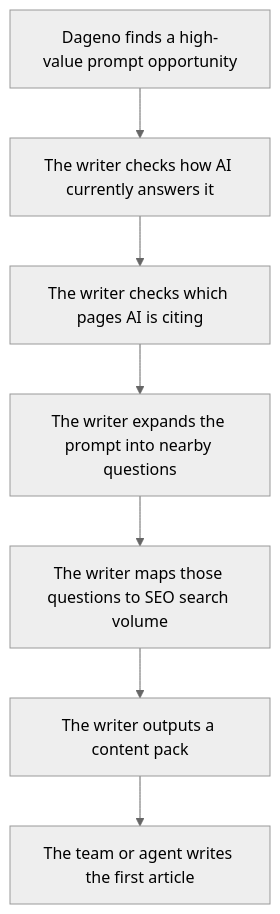
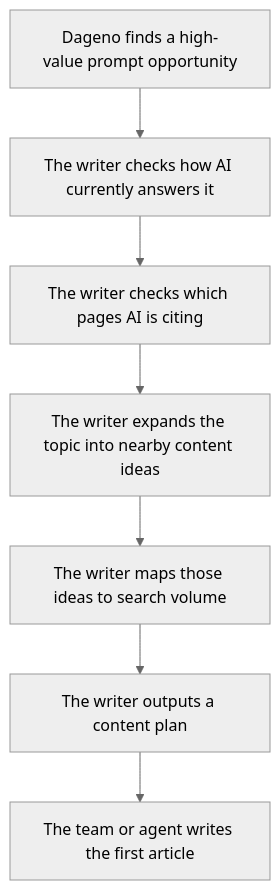
One commit to GEO-SEO/geo-content-writer changed the diagram in README.md. Above: the diagram before and after it, drawn with Mermaid (neutral theme). The commit also changed other lines of this file, not shown here.

````diff
--- a/README.md
+++ b/README.md
@@ -171,9 +123,9 @@
 ```mermaid
 flowchart TD
     A["Dageno finds a high-value prompt opportunity"] --> B["The writer checks how AI currently answers it"]
     B --> C["The writer checks which pages AI is citing"]
-    C --> D["The writer expands the prompt into nearby questions"]
-    D --> E["The writer maps those questions to SEO search volume"]
-    E --> F["The writer outputs a content pack"]
+    C --> D["The writer expands the topic into nearby content ideas"]
+    D --> E["The writer maps those ideas to search volume"]
+    E --> F["The writer outputs a content plan"]
     F --> G["The team or agent writes the first article"]
 ```
````
